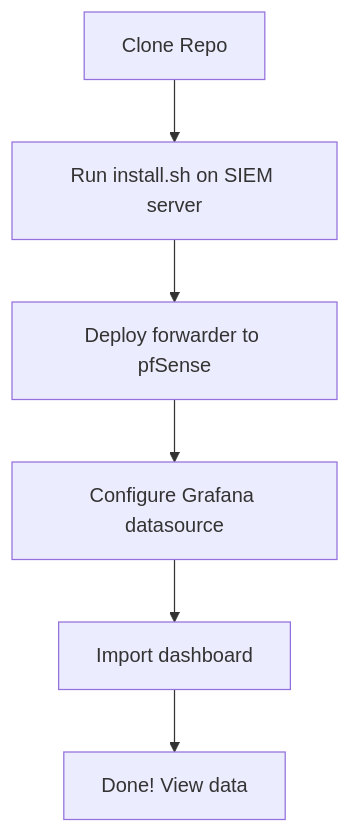
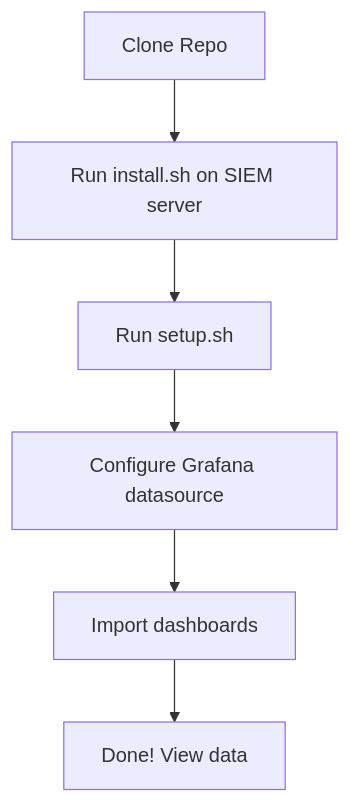
One commit to ChiefGyk3D/pfsense-siem-stack changed the second of 2 diagrams in ORGANIZATION.md. Above: the diagram before and after it, drawn with Mermaid. The commit also changed other lines of this file and 7 other files, not shown here.

````diff
--- a/ORGANIZATION.md
+++ b/ORGANIZATION.md
@@ -94,8 +115,8 @@
 ```mermaid
 graph TD
     A[Clone Repo] --> B[Run install.sh on SIEM server]
-    B --> C[Deploy forwarder to pfSense]
+    B --> C[Run setup.sh]
     C --> D[Configure Grafana datasource]
-    D --> E[Import dashboard]
+    D --> E[Import dashboards]
     E --> F[Done! View data]
 ```
````
